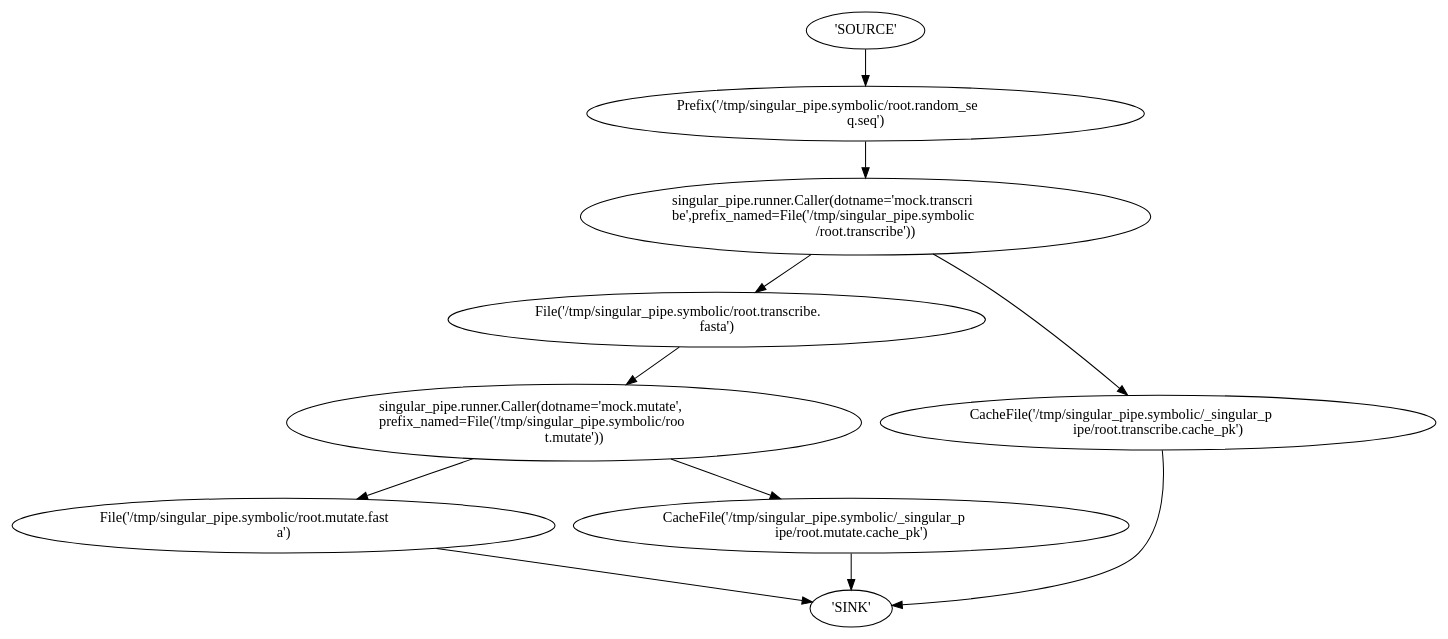
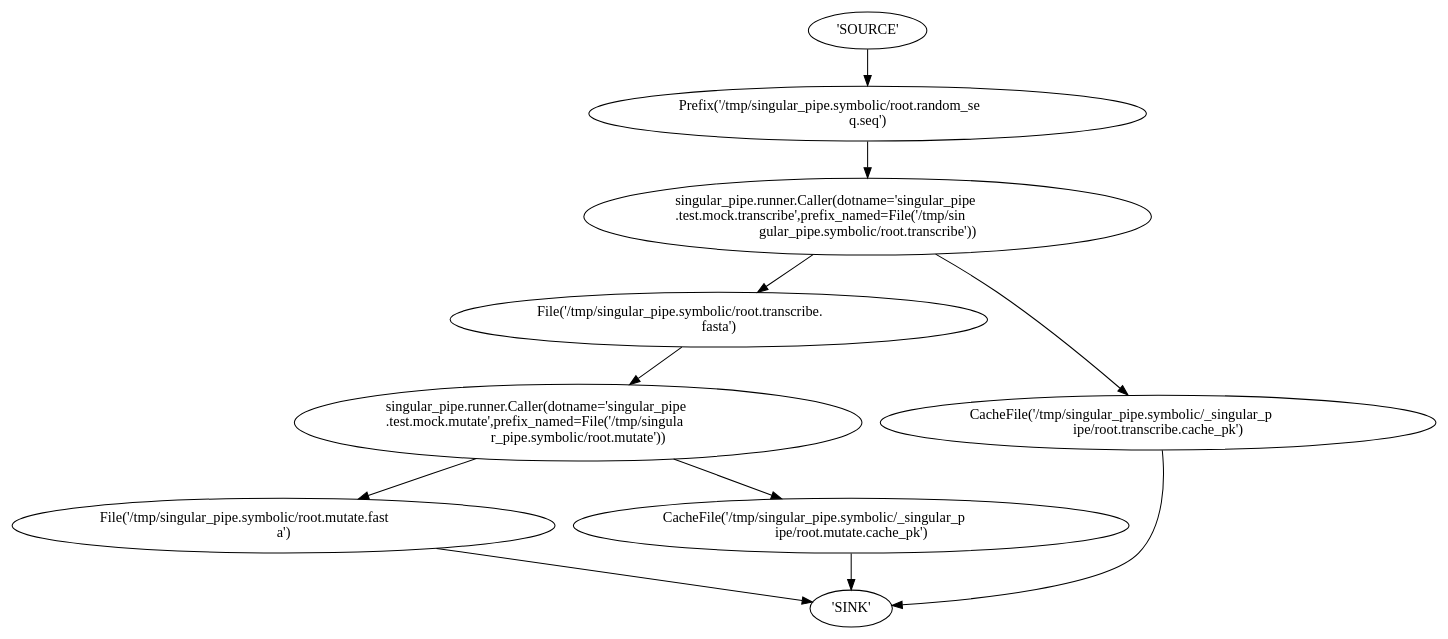
One commit to shouldsee/python-singular-pipe changed the diagram in assets/mock.py.real.dot. Above: the diagram before and after it, drawn with Graphviz. The commit also changed 12 other files, not shown here.

```diff
--- a/assets/mock.py.real.dot
+++ b/assets/mock.py.real.dot
@@ -1,13 +1,13 @@
 strict digraph G {
 	rankdir=TB
 	"File('/tmp/singular_pipe.symbolic/root.mutate.fast\la')" -> "'SINK'"
-	"singular_pipe.runner.Caller(dotname='mock.mutate',\lprefix_named=File('/tmp/singular_pipe.symbolic/roo\lt.mutate'))" -> "File('/tmp/singular_pipe.symbolic/root.mutate.fast\la')"
+	"singular_pipe.runner.Caller(dotname='singular_pipe\l.test.mock.mutate',prefix_named=File('/tmp/singula\lr_pipe.symbolic/root.mutate'))" -> "File('/tmp/singular_pipe.symbolic/root.mutate.fast\la')"
 	"CacheFile('/tmp/singular_pipe.symbolic/_singular_p\lipe/root.mutate.cache_pk')" -> "'SINK'"
-	"singular_pipe.runner.Caller(dotname='mock.mutate',\lprefix_named=File('/tmp/singular_pipe.symbolic/roo\lt.mutate'))" -> "CacheFile('/tmp/singular_pipe.symbolic/_singular_p\lipe/root.mutate.cache_pk')"
-	"File('/tmp/singular_pipe.symbolic/root.transcribe.\lfasta')" -> "singular_pipe.runner.Caller(dotname='mock.mutate',\lprefix_named=File('/tmp/singular_pipe.symbolic/roo\lt.mutate'))"
-	"singular_pipe.runner.Caller(dotname='mock.transcri\lbe',prefix_named=File('/tmp/singular_pipe.symbolic\l/root.transcribe'))" -> "File('/tmp/singular_pipe.symbolic/root.transcribe.\lfasta')"
+	"singular_pipe.runner.Caller(dotname='singular_pipe\l.test.mock.mutate',prefix_named=File('/tmp/singula\lr_pipe.symbolic/root.mutate'))" -> "CacheFile('/tmp/singular_pipe.symbolic/_singular_p\lipe/root.mutate.cache_pk')"
+	"File('/tmp/singular_pipe.symbolic/root.transcribe.\lfasta')" -> "singular_pipe.runner.Caller(dotname='singular_pipe\l.test.mock.mutate',prefix_named=File('/tmp/singula\lr_pipe.symbolic/root.mutate'))"
+	"singular_pipe.runner.Caller(dotname='singular_pipe\l.test.mock.transcribe',prefix_named=File('/tmp/sin\lgular_pipe.symbolic/root.transcribe'))" -> "File('/tmp/singular_pipe.symbolic/root.transcribe.\lfasta')"
 	"CacheFile('/tmp/singular_pipe.symbolic/_singular_p\lipe/root.transcribe.cache_pk')" -> "'SINK'"
-	"singular_pipe.runner.Caller(dotname='mock.transcri\lbe',prefix_named=File('/tmp/singular_pipe.symbolic\l/root.transcribe'))" -> "CacheFile('/tmp/singular_pipe.symbolic/_singular_p\lipe/root.transcribe.cache_pk')"
-	"Prefix('/tmp/singular_pipe.symbolic/root.random_se\lq.seq')" -> "singular_pipe.runner.Caller(dotname='mock.transcri\lbe',prefix_named=File('/tmp/singular_pipe.symbolic\l/root.transcribe'))"
+	"singular_pipe.runner.Caller(dotname='singular_pipe\l.test.mock.transcribe',prefix_named=File('/tmp/sin\lgular_pipe.symbolic/root.transcribe'))" -> "CacheFile('/tmp/singular_pipe.symbolic/_singular_p\lipe/root.transcribe.cache_pk')"
+	"Prefix('/tmp/singular_pipe.symbolic/root.random_se\lq.seq')" -> "singular_pipe.runner.Caller(dotname='singular_pipe\l.test.mock.transcribe',prefix_named=File('/tmp/sin\lgular_pipe.symbolic/root.transcribe'))"
 	"'SOURCE'" -> "Prefix('/tmp/singular_pipe.symbolic/root.random_se\lq.seq')"
 }
```
